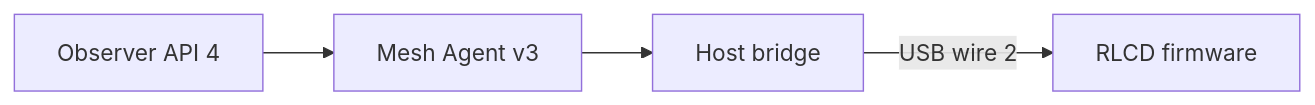
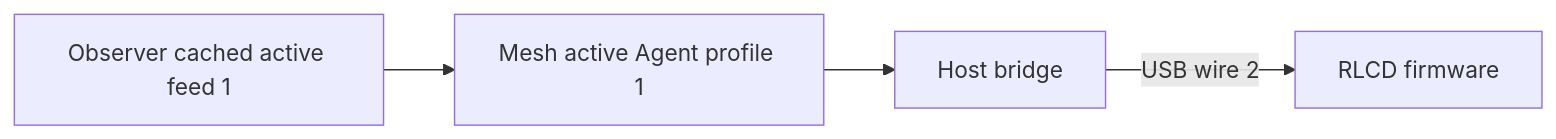
The diagram in projects/agent-dashboard/README.md (byebyebryan/esp32-rlcd), drawn with Mermaid before and after one commit. The commit also changed other lines of this file and 8 other files, not shown here.

Commit message:
docs(agent-dashboard): record active feed acceptance and CPU

````diff
--- a/projects/agent-dashboard/README.md
+++ b/projects/agent-dashboard/README.md
@@ -32,6 +32,6 @@
 ```mermaid
 flowchart LR
-    Observer[Observer API 4] --> Mesh[Mesh Agent v3]
+    Observer[Observer cached active feed 1] --> Mesh[Mesh active Agent profile 1]
     Mesh --> Bridge[Host bridge]
     Bridge -->|USB wire 2| RLCD[RLCD firmware]
 ```
````
